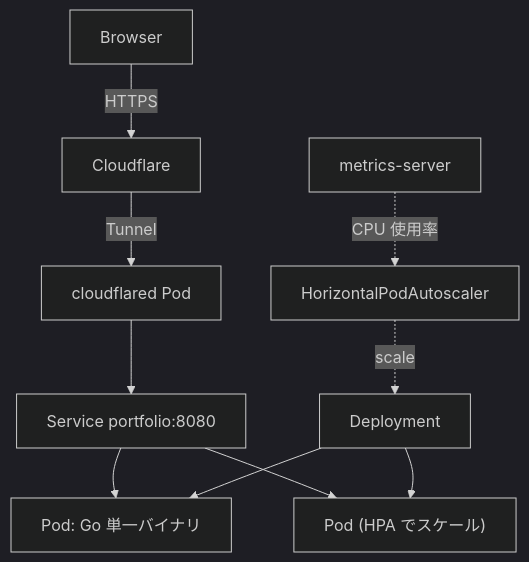
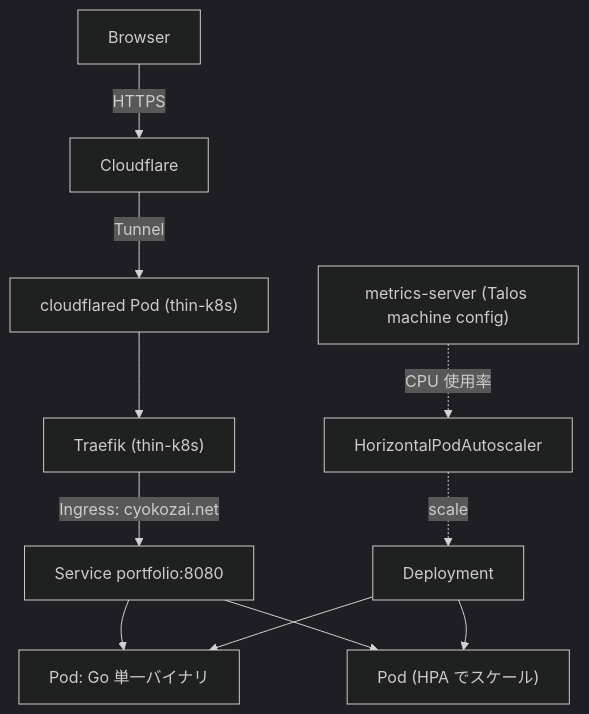
The first of 3 diagrams in docs/architecture-decisions.md (cyokozai/portfolio), drawn with Mermaid (dark theme) before and after one commit. The commit also changed other lines of this file and 5 other files, not shown here.

````diff
--- a/docs/architecture-decisions.md
+++ b/docs/architecture-decisions.md
@@ -15,12 +17,13 @@
 ```mermaid
 graph TB
   U[Browser] -->|HTTPS| CF[Cloudflare]
-  CF -->|Tunnel| CD[cloudflared Pod]
-  CD --> SVC["Service portfolio:8080"]
+  CF -->|Tunnel| CD["cloudflared Pod (thin-k8s)"]
+  CD --> IG["Traefik (thin-k8s)"]
+  IG -->|"Ingress: cyokozai.net"| SVC["Service portfolio:8080"]
   SVC --> P1["Pod: Go 単一バイナリ"]
   SVC --> P2["Pod (HPA でスケール)"]
   HPA[HorizontalPodAutoscaler] -.->|scale| DEP[Deployment]
-  MS[metrics-server] -.->|CPU 使用率| HPA
+  MS["metrics-server (Talos machine config)"] -.->|CPU 使用率| HPA
   DEP --> P1
   DEP --> P2
 ```
````
